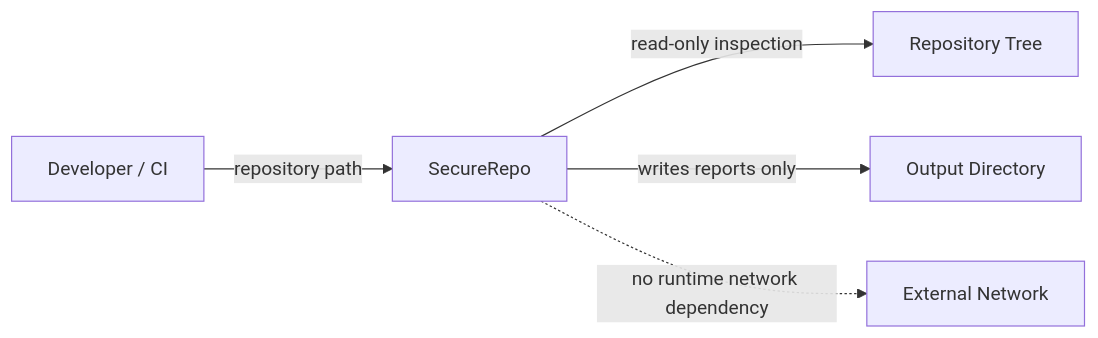
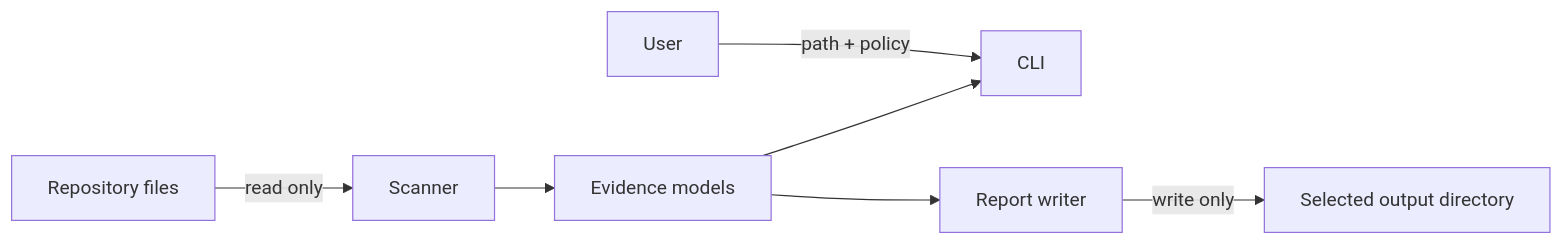
One commit to DKWesley13/DkWess changed the diagram in docs/ARCHITECTURE.md. Above: the diagram before and after it, drawn with Mermaid. The commit also changed other lines of this file and 34 other files, not shown here.

First line of the commit message:
feat: publish SecureRepo v0.0.3 public usability upgrade

````diff
--- a/docs/ARCHITECTURE.md
+++ b/docs/ARCHITECTURE.md
@@ -9,7 +24,9 @@
 ```mermaid
 flowchart LR
-    U[Developer / CI] -->|repository path| S[SecureRepo]
-    S -->|read-only inspection| R[Repository Tree]
-    S -->|writes reports only| O[Output Directory]
-    S -. no runtime network dependency .-> N[External Network]
+    U[User] -->|path + policy| CLI
+    R[Repository files] -->|read only| S[Scanner]
+    S --> E[Evidence models]
+    E --> RP[Report writer]
+    RP -->|write only| O[Selected output directory]
+    E --> CLI
 ```
````
